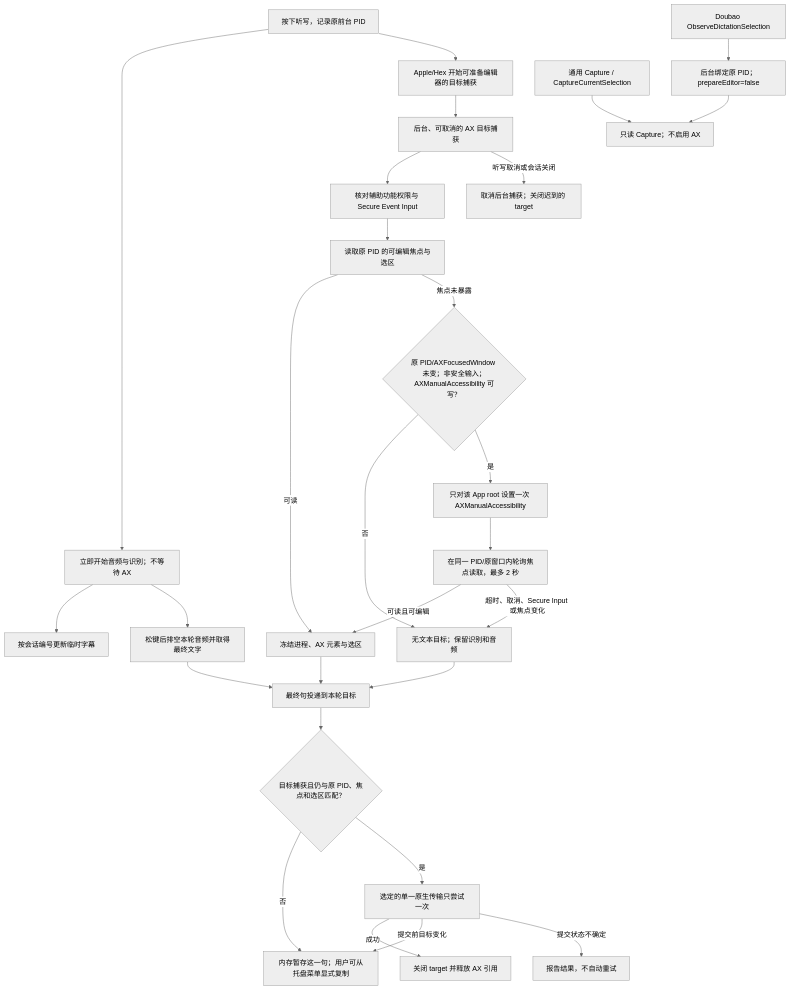
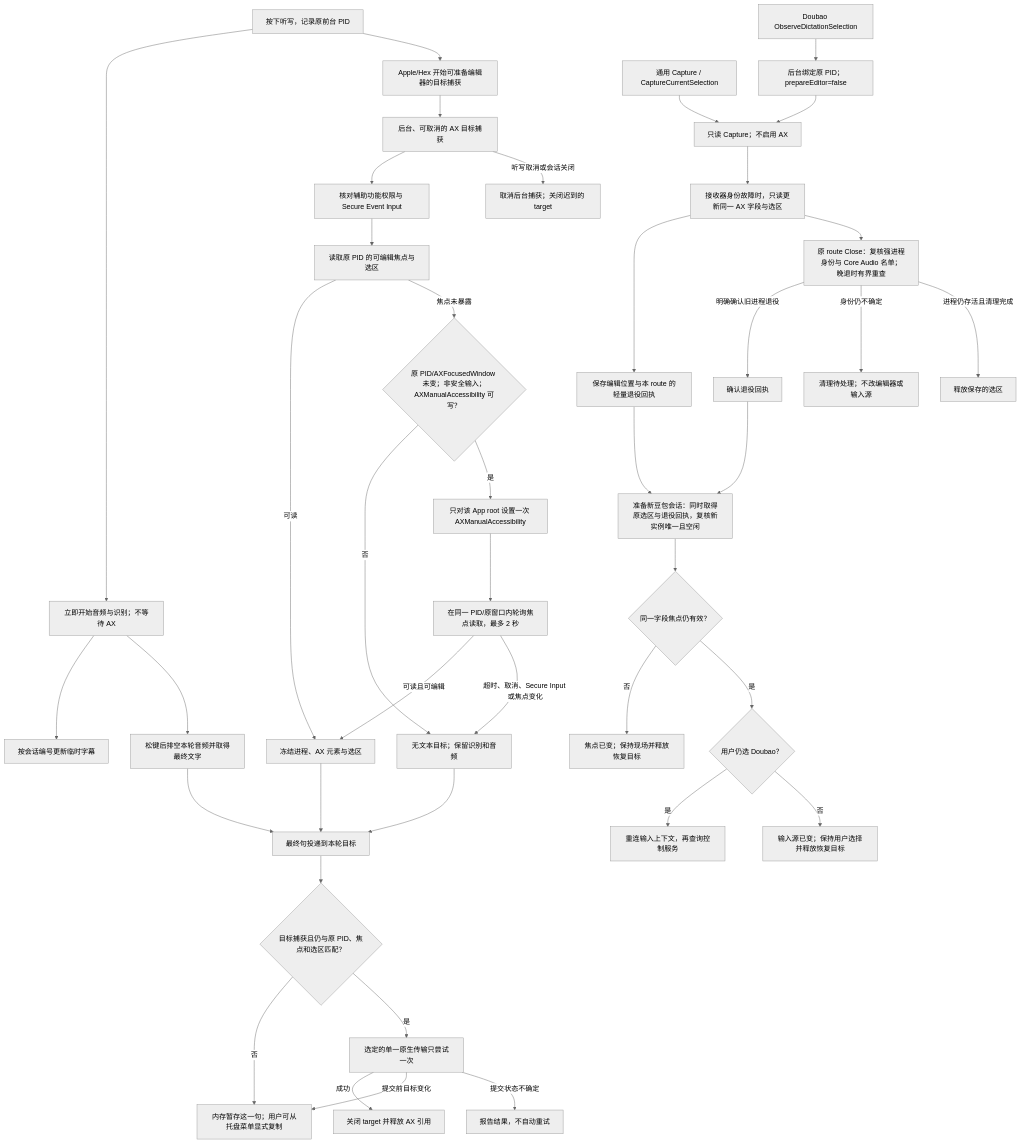
Before and after one commit to daftAI2026/MiMac: the diagram in tools/workbench/diagrams/apple-text-target.mmd, drawn with Mermaid (neutral theme). The commit also changed 5 other files, not shown here.

```diff
--- a/tools/workbench/diagrams/apple-text-target.mmd
+++ b/tools/workbench/diagrams/apple-text-target.mmd
@@ -1,28 +1,41 @@
 flowchart TD
     press["按下听写，记录原前台 PID"] --> audio["立即开始音频与识别；不等待 AX"]
     audio --> preview["按会话编号更新临时字幕"]
     audio --> final["松键后排空本轮音频并取得最终文字"]
     press --> captureReturn["Apple/Hex 开始可准备编辑器的目标捕获"]
     captureReturn --> worker["后台、可取消的 AX 目标捕获"]
     worker --> security["核对辅助功能权限与 Secure Event Input"]
     security --> focus["读取原 PID 的可编辑焦点与选区"]
     focus -->|可读| frozen["冻结进程、AX 元素与选区"]
     focus -->|焦点未暴露| eligible{"原 PID/AXFocusedWindow 未变；非安全输入；AXManualAccessibility 可写？"}
     eligible -->|否| noTarget["无文本目标；保留识别和音频"]
     eligible -->|是| enable["只对该 App root 设置一次 AXManualAccessibility"]
     enable --> poll["在同一 PID/原窗口内轮询焦点读取，最多 2 秒"]
     poll -->|可读且可编辑| frozen
     poll -->|超时、取消、Secure Input 或焦点变化| noTarget
     frozen --> deliver["最终句投递到本轮目标"]
     noTarget --> deliver
     final --> deliver
     deliver --> result{"目标捕获且仍与原 PID、焦点和选区匹配？"}
     result -->|否| pending["内存暂存这一句；用户可从托盘菜单显式复制"]
     result -->|是| insert["选定的单一原生传输只尝试一次"]
     insert -->|成功| cleanup["关闭 target 并释放 AX 引用"]
     insert -->|提交前目标变化| pending
     insert -->|提交状态不确定| uncertain["报告结果，不自动重试"]
     worker -->|听写取消或会话关闭| cancel["取消后台捕获；关闭迟到的 target"]
     observe["Doubao ObserveDictationSelection"] --> observeWorker["后台绑定原 PID；prepareEditor=false"]
     observeWorker --> readOnly["只读 Capture；不启用 AX"]
     recovery["通用 Capture / CaptureCurrentSelection"] --> readOnly
+    readOnly --> fault["接收器身份故障时，只读更新同一 AX 字段与选区"]
+    fault --> pendingRecovery["保存编辑位置与本 route 的轻量退役回执"]
+    fault --> routeClose["原 route Close：复核强进程身份与 Core Audio 名单；晚退时有界重查"]
+    routeClose -->|明确确认旧进程退役| retired["确认退役回执"]
+    pendingRecovery --> replacement["准备新豆包会话：同时取得原选区与退役回执，复核新实例唯一且空闲"]
+    retired --> replacement
+    replacement --> recoveryFocus{"同一字段焦点仍有效？"}
+    recoveryFocus -->|否| preserveFocus["焦点已变；保持现场并释放恢复目标"]
+    recoveryFocus -->|是| inputSource{"用户仍选 Doubao？"}
+    inputSource -->|是| reconnect["重连输入上下文，再查询控制服务"]
+    inputSource -->|否| preserveSource["输入源已变；保持用户选择并释放恢复目标"]
+    routeClose -->|身份仍不确定| cleanupPending["清理待处理；不改编辑器或输入源"]
+    routeClose -->|进程仍存活且清理完成| dropSnapshot["释放保存的选区"]
```
